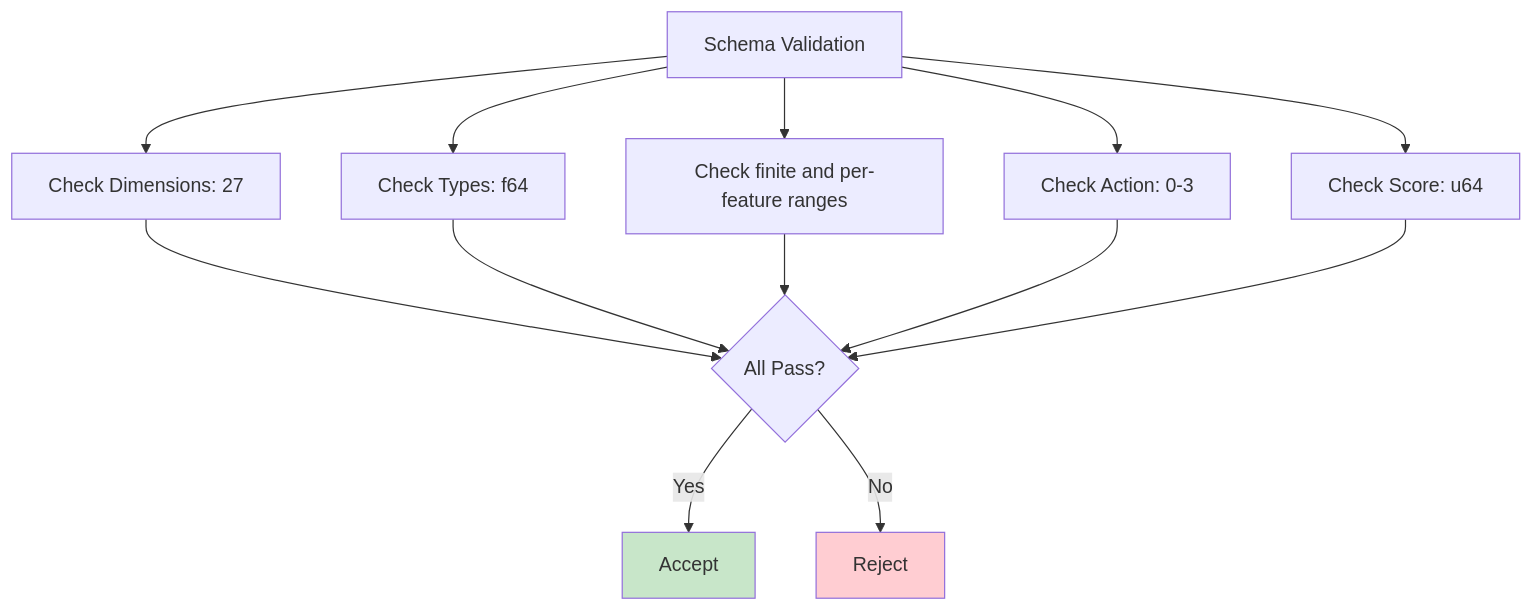
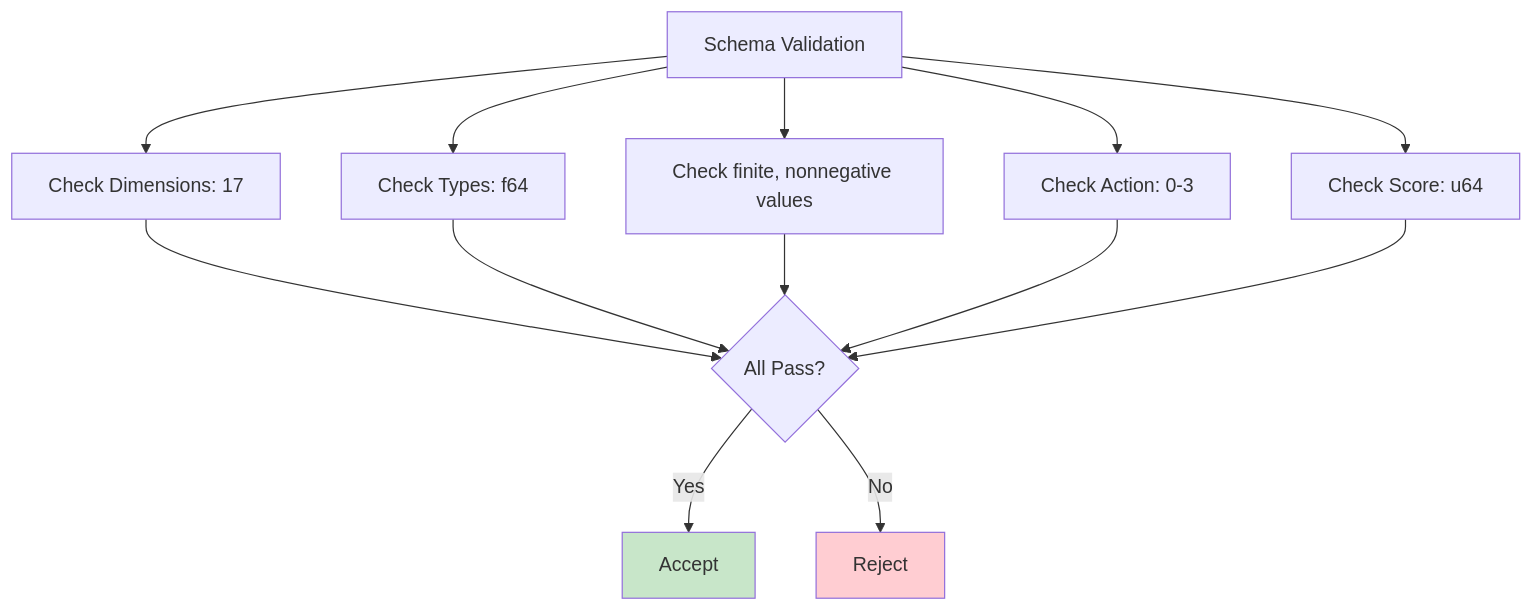
The third of 4 diagrams in plans/06-Data/02-Format/01-data-schema.md (Evintkoo/2048-ml), drawn with Mermaid before and after one commit. The commit also changed other lines of this file and 198 other files, not shown here.

````diff
--- a/plans/06-Data/02-Format/01-data-schema.md
+++ b/plans/06-Data/02-Format/01-data-schema.md
@@ -130,20 +91,20 @@
 ```mermaid
 flowchart TD
     Validate[Schema Validation]
-    Validate --> Check1[Check Dimensions: 27]
+    Validate --> Check1[Check Dimensions: 17]
     Validate --> Check2[Check Types: f64]
-    Validate --> Check3[Check finite and per-feature ranges]
+    Validate --> Check3[Check finite, nonnegative values]
     Validate --> Check4[Check Action: 0-3]
     Validate --> Check5[Check Score: u64]
     
     Check1 --> AllPass{All Pass?}
     Check2 --> AllPass
     Check3 --> AllPass
     Check4 --> AllPass
     Check5 --> AllPass
     AllPass --> |Yes| Accept[Accept]
     AllPass --> |No| Reject[Reject]
     
     style Accept fill:#c8e6c9
     style Reject fill:#ffcdd2
 ```
````
